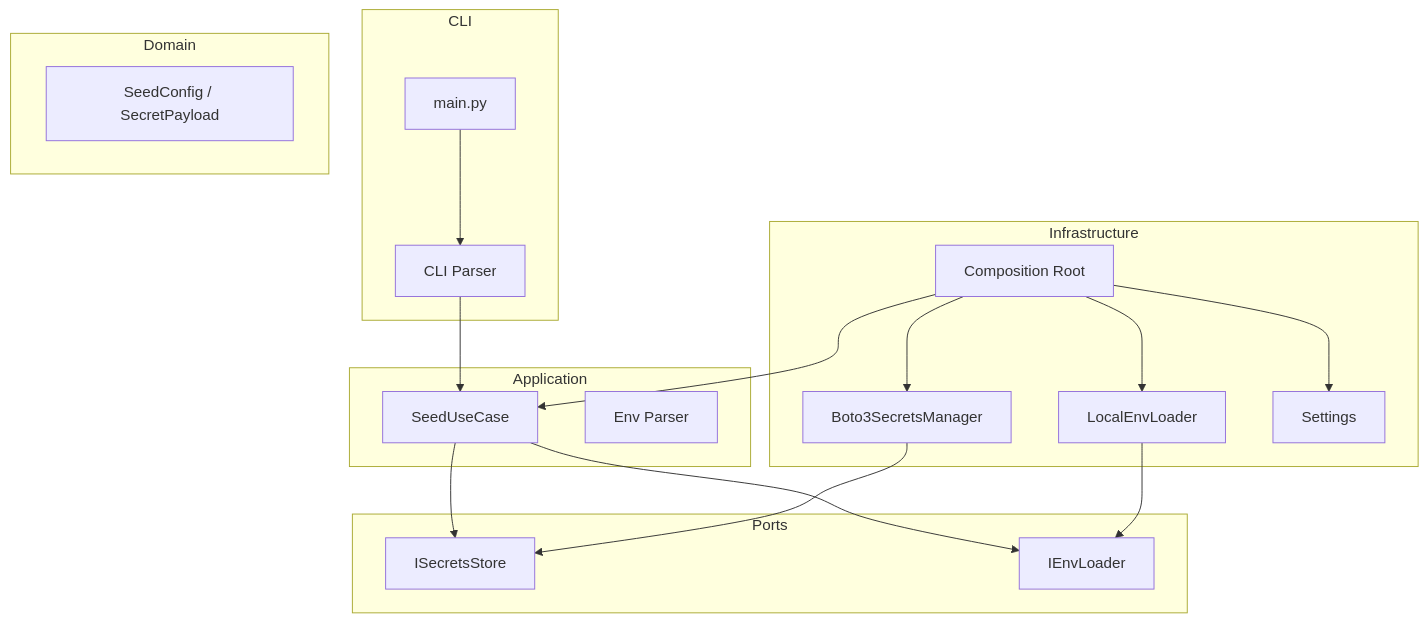
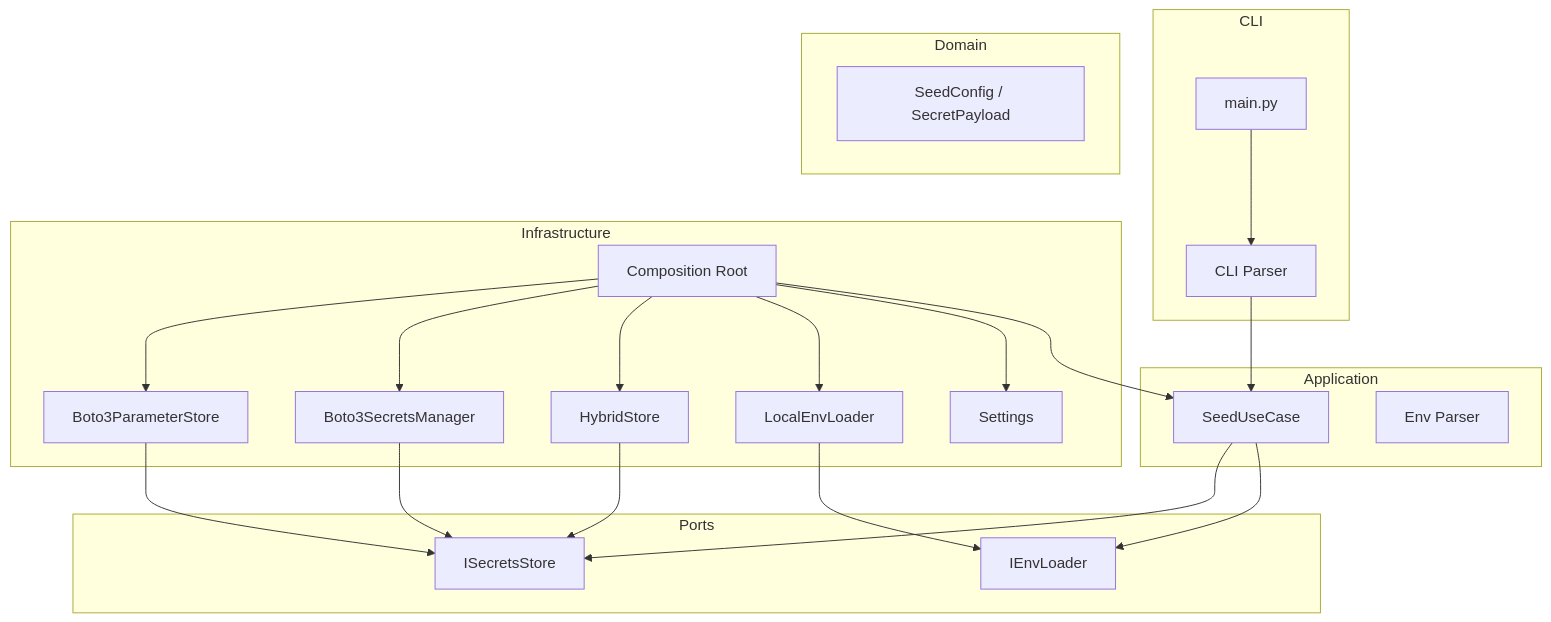
Before and after one commit to kunalPisolkar24/topos: the second of 2 diagrams in tools/seed-secrets/README.md, drawn with Mermaid. The commit also changed other lines of this file and 20 other files, not shown here.

````diff
--- a/tools/seed-secrets/README.md
+++ b/tools/seed-secrets/README.md
@@ -87,38 +79,44 @@
 ```mermaid
 graph TB
     subgraph "CLI"
         Main[main.py]
         Parser[CLI Parser]
     end
 
     subgraph "Application"
         UseCase[SeedUseCase]
         Parser2[Env Parser]
     end
 
     subgraph "Domain"
         Schemas[SeedConfig / SecretPayload]
     end
 
     subgraph "Ports"
         SecretsPort[ISecretsStore]
         LoaderPort[IEnvLoader]
     end
 
     subgraph "Infrastructure"
-        Boto3[Boto3SecretsManager]
+        Boto3SSM[Boto3ParameterStore]
+        Boto3SM[Boto3SecretsManager]
+        Hybrid[HybridStore]
         FS[LocalEnvLoader]
         Config[Settings]
         Wire[Composition Root]
     end
 
     Main --> Parser --> UseCase
     UseCase --> SecretsPort
     UseCase --> LoaderPort
-    Boto3 --> SecretsPort
+    Boto3SSM --> SecretsPort
+    Boto3SM --> SecretsPort
+    Hybrid --> SecretsPort
     FS --> LoaderPort
-    Wire --> Boto3
+    Wire --> Boto3SSM
+    Wire --> Boto3SM
+    Wire --> Hybrid
     Wire --> FS
     Wire --> Config
     Wire --> UseCase
 ```
````
